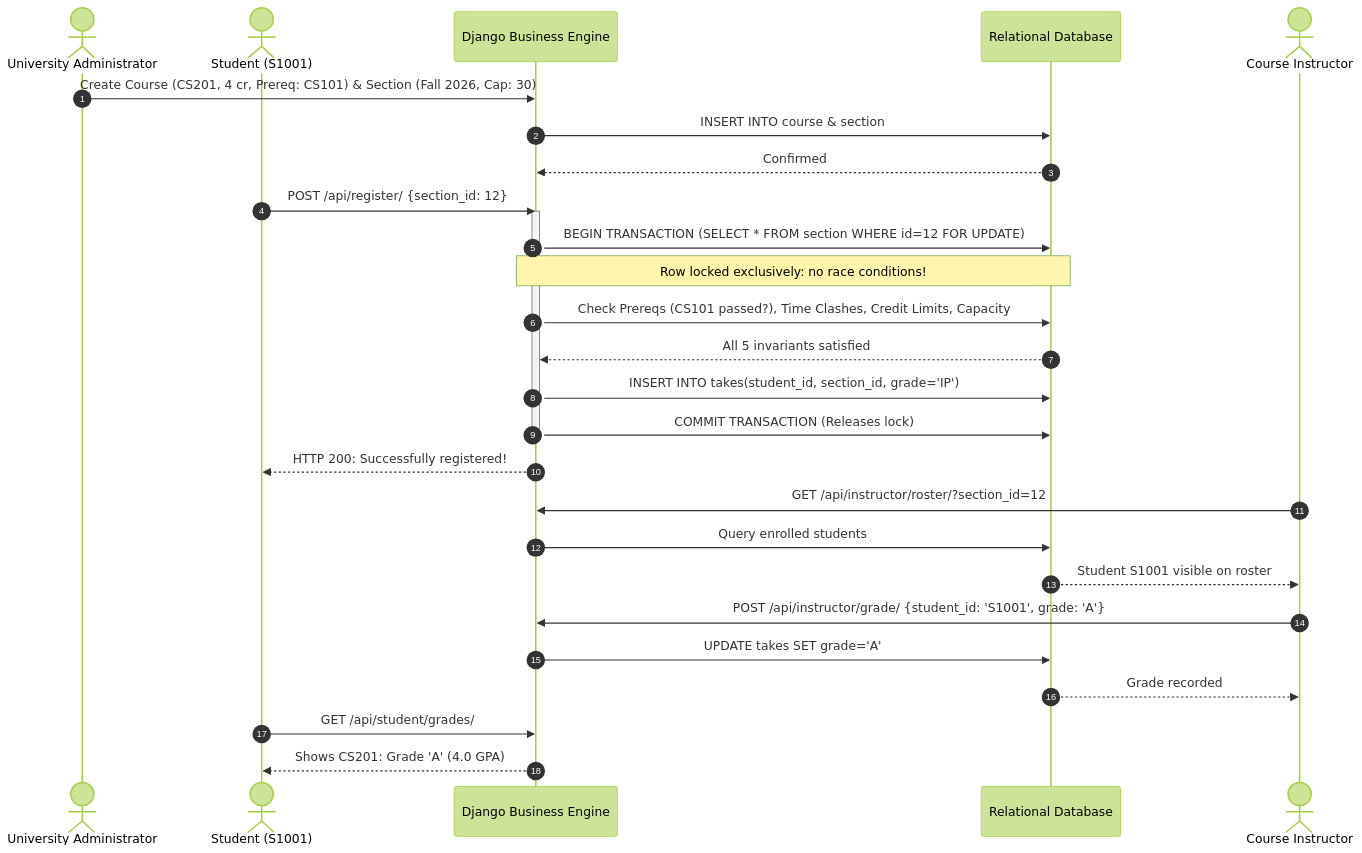
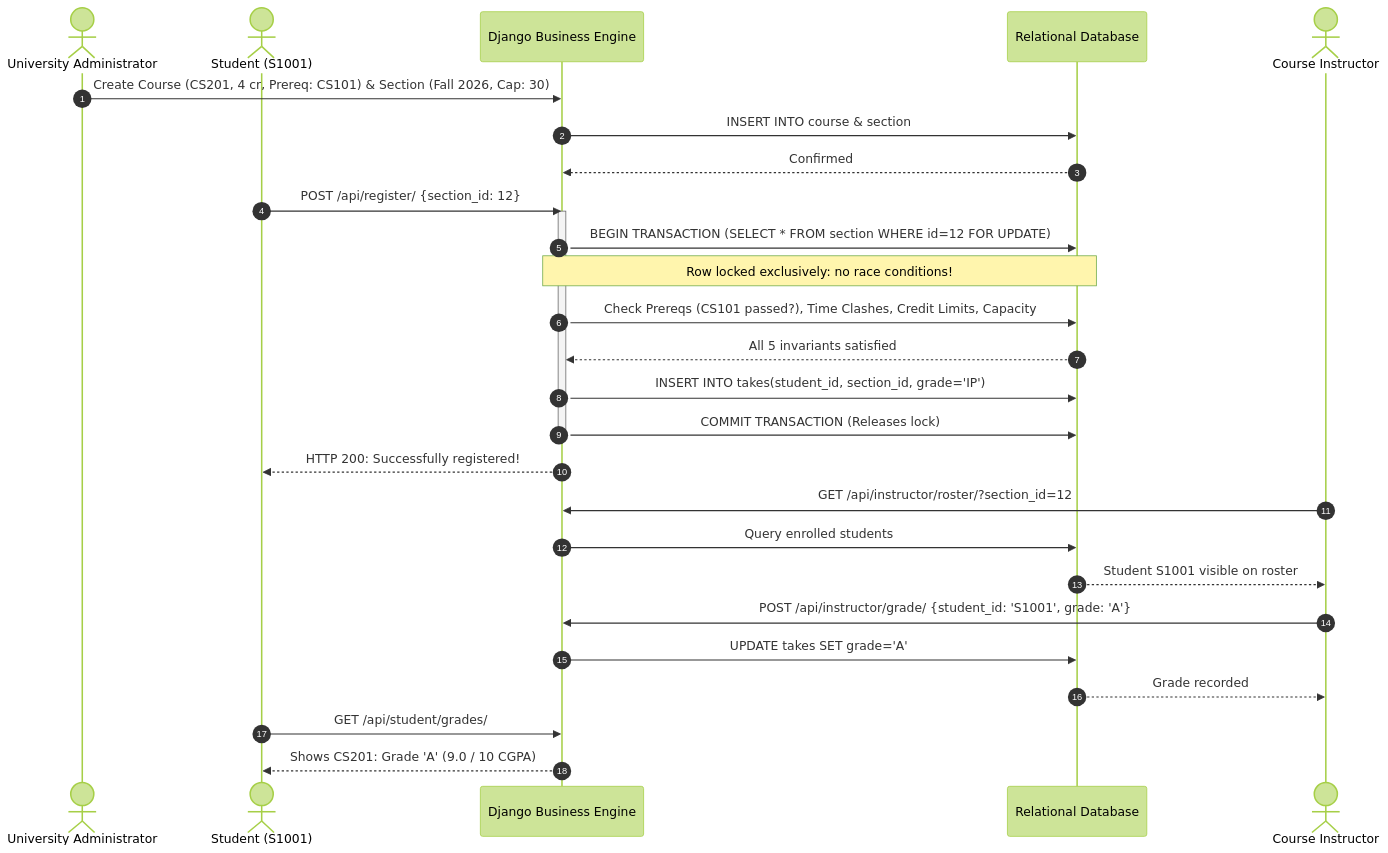
One commit to ShaktiEighteen/university_course_system changed the second of 4 diagrams in FINAL_PROJECT_REPORT.md. Above: the diagram before and after it, drawn with Mermaid (forest theme). The commit also changed 23 other files, not shown here.

````diff
--- a/FINAL_PROJECT_REPORT.md
+++ b/FINAL_PROJECT_REPORT.md
@@ -122,34 +122,34 @@
 ```mermaid
 sequenceDiagram
     autonumber
     actor Admin as University Administrator
     actor Student as Student (S1001)
     participant Engine as Django Business Engine
     participant DB as Relational Database
     actor Instructor as Course Instructor
 
     Admin->>Engine: Create Course (CS201, 4 cr, Prereq: CS101) & Section (Fall 2026, Cap: 30)
     Engine->>DB: INSERT INTO course & section
     DB-->>Engine: Confirmed
     
     Student->>Engine: POST /api/register/ {section_id: 12}
     activate Engine
     Engine->>DB: BEGIN TRANSACTION (SELECT * FROM section WHERE id=12 FOR UPDATE)
     Note over Engine,DB: Row locked exclusively: no race conditions!
     Engine->>DB: Check Prereqs (CS101 passed?), Time Clashes, Credit Limits, Capacity
     DB-->>Engine: All 5 invariants satisfied
     Engine->>DB: INSERT INTO takes(student_id, section_id, grade='IP')
     Engine->>DB: COMMIT TRANSACTION (Releases lock)
     deactivate Engine
     Engine-->>Student: HTTP 200: Successfully registered!
 
     Instructor->>Engine: GET /api/instructor/roster/?section_id=12
     Engine->>DB: Query enrolled students
     DB-->>Instructor: Student S1001 visible on roster
 
     Instructor->>Engine: POST /api/instructor/grade/ {student_id: 'S1001', grade: 'A'}
     Engine->>DB: UPDATE takes SET grade='A'
     DB-->>Instructor: Grade recorded
     Student->>Engine: GET /api/student/grades/
-    Engine-->>Student: Shows CS201: Grade 'A' (4.0 GPA)
+    Engine-->>Student: Shows CS201: Grade 'A' (9.0 / 10 CGPA)
 ```
````
